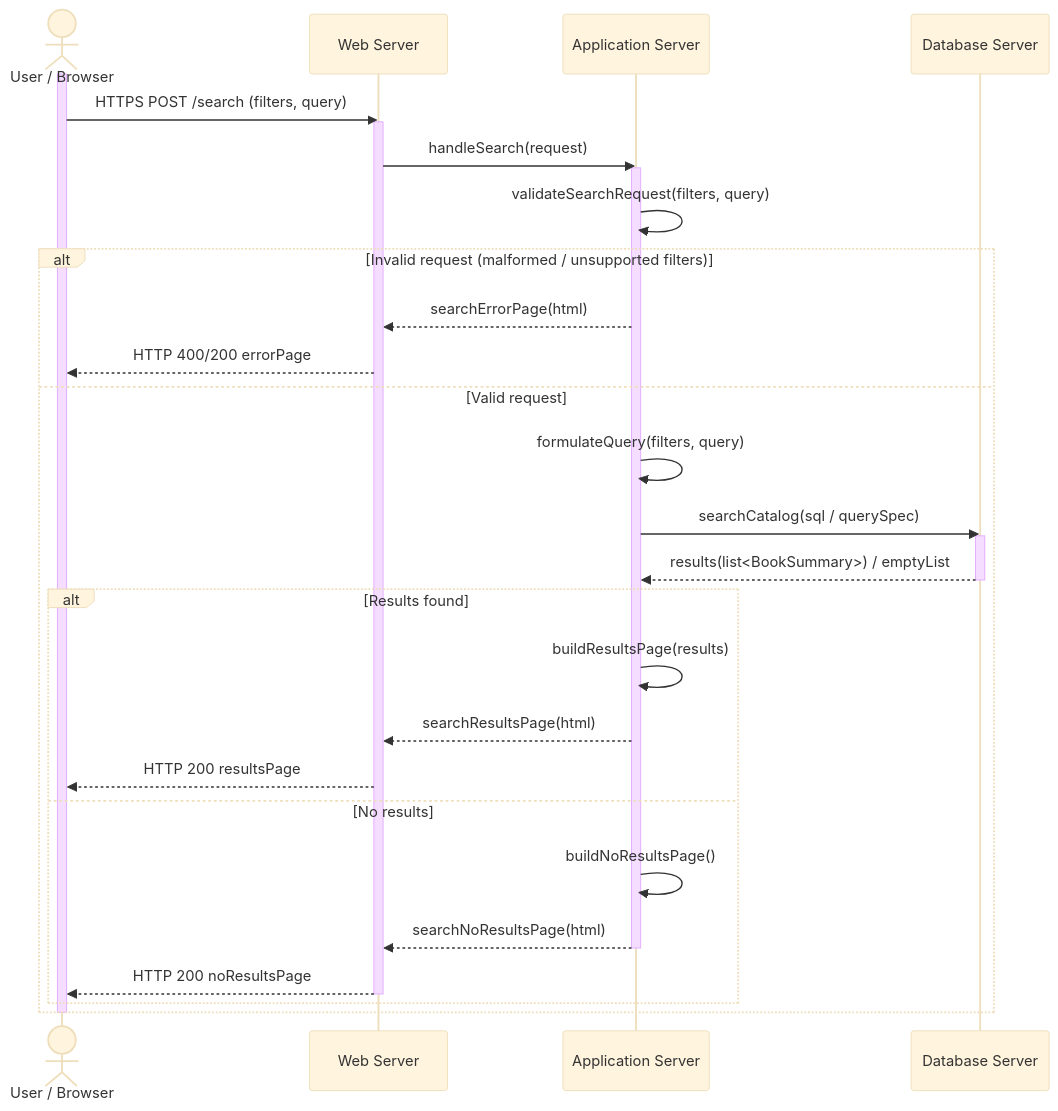
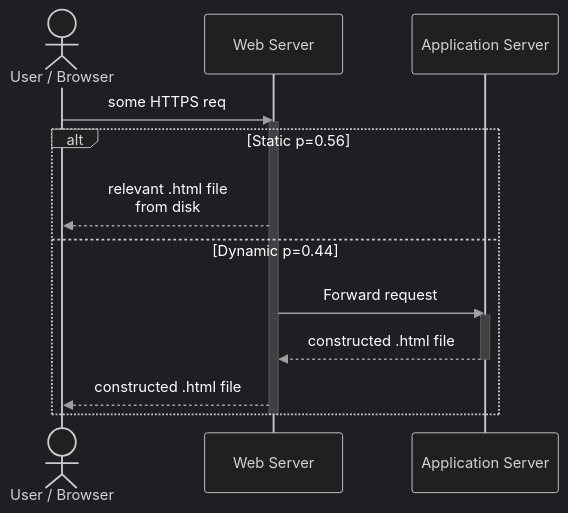
The first of 3 diagrams in A1/Search-SequenceDiagram.md (ahmadxzaki/SOFT437), drawn with Mermaid before and after one commit. The commit also changed other lines of this file and 2 other files, not shown here.

Commit message:
First sequence diagrams.

````diff
--- a/A1/Search-SequenceDiagram.md
+++ b/A1/Search-SequenceDiagram.md
@@ -1,43 +65,32 @@
 ```mermaid
-%%{init: {"theme":"base","themeVariables":{"background":"#f7f7f7"},"sequence":{"messageFontSize":14,"actorFontSize":14}}}%%
-
+%%{init: {
+  "theme": "dark",
+  "themeVariables": {
+    "textColor": "#ffffff",
+    
+    "signalColor": "#a0a0a0",
+    "signalTextColor": "#ffffff",
+    "loopTextColor": "#ffffff",
+    
+    "activationBkgColor": "#404040",
+    "activationBorderColor": "#5d5d5d"
+  }
+}}%%
 sequenceDiagram
     actor U as User / Browser
     participant W as Web Server
     participant A as Application Server
-    participant D as Database Server
 
-    activate U
-    U->>W: HTTPS POST /search (filters, query)
+    U->>W: some HTTPS req
     activate W
-    W->>A: handleSearch(request)
-    activate A
-
-    A->>A: validateSearchRequest(filters, query)
-
-    alt Invalid request (malformed / unsupported filters)
-        A-->>W: searchErrorPage(html)
-        W-->>U: HTTP 400/200 errorPage
-    else Valid request
-        A->>A: formulateQuery(filters, query)
-
-        A->>D: searchCatalog(sql / querySpec)
-        activate D
-        D-->>A: results(list<BookSummary>) / emptyList
-        deactivate D
-
-        alt Results found
-            A->>A: buildResultsPage(results)
-            A-->>W: searchResultsPage(html)
-            W-->>U: HTTP 200 resultsPage
-        else No results
-            A->>A: buildNoResultsPage()
-            A-->>W: searchNoResultsPage(html)
-            deactivate A
-            W-->>U: HTTP 200 noResultsPage
-            deactivate W
-        end
+    alt Static p=0.56
+        W-->>U: relevant .html file<br>from disk
+    else Dynamic p=0.44
+        W->>A: Forward request
+        activate A
+        A-->>W: constructed .html file
+        deactivate A
+        W-->>U: constructed .html file
     end
-
-    deactivate U
+    deactivate W
 ```
````
